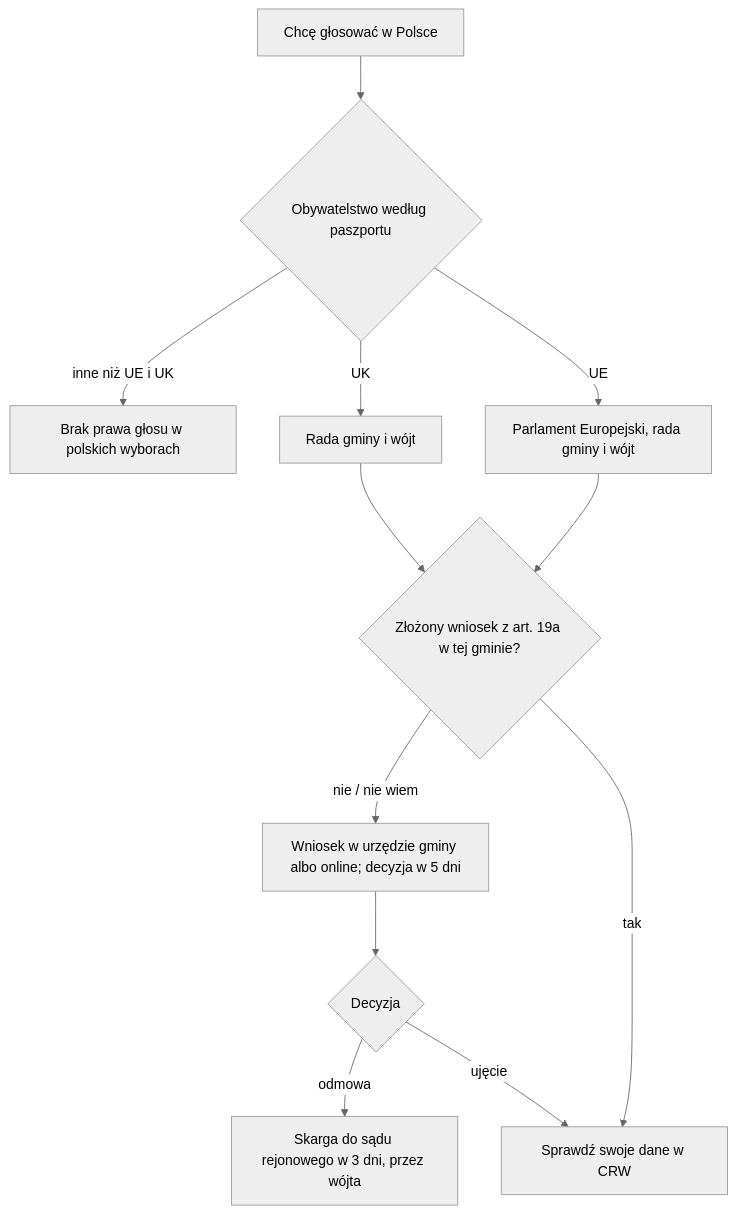
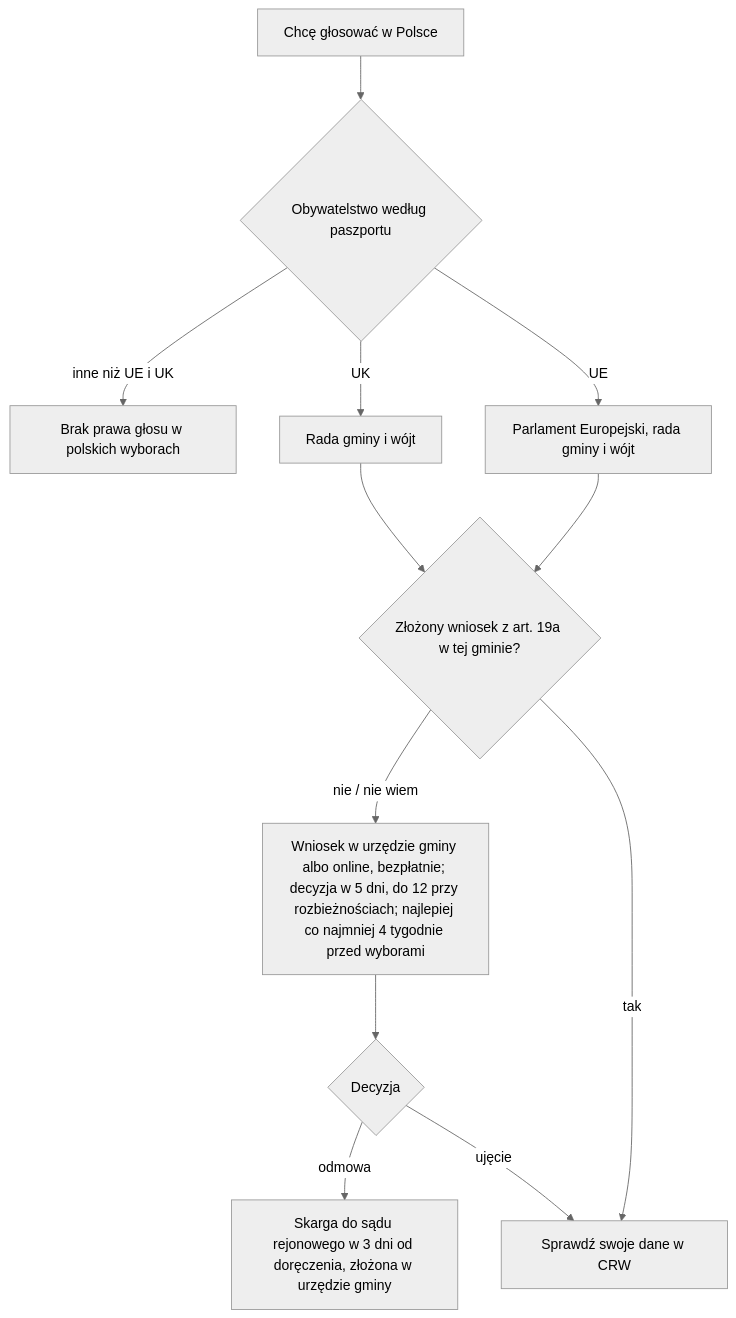
One commit to wrzalkosowskilukaszz/formalka-next changed the diagram in docs/formalka-next/maps/voters.md. Above: the diagram before and after it, drawn with Mermaid (neutral theme). The commit also changed other lines of this file and 6 other files, not shown here.

````diff
--- a/docs/formalka-next/maps/voters.md
+++ b/docs/formalka-next/maps/voters.md
@@ -66,14 +68,14 @@
 ```mermaid
 flowchart TD
   A[Chcę głosować w Polsce] --> B{Obywatelstwo według paszportu}
   B -- inne niż UE i UK --> N[Brak prawa głosu w polskich wyborach]
   B -- UK --> L[Rada gminy i wójt]
   B -- UE --> E[Parlament Europejski, rada gminy i wójt]
   L --> W{Złożony wniosek z art. 19a w tej gminie?}
   E --> W
-  W -- nie / nie wiem --> F[Wniosek w urzędzie gminy albo online; decyzja w 5 dni]
+  W -- nie / nie wiem --> F[Wniosek w urzędzie gminy albo online, bezpłatnie; decyzja w 5 dni, do 12 przy rozbieżnościach; najlepiej co najmniej 4 tygodnie przed wyborami]
   W -- tak --> C[Sprawdź swoje dane w CRW]
   F --> D{Decyzja}
-  D -- odmowa --> S[Skarga do sądu rejonowego w 3 dni, przez wójta]
+  D -- odmowa --> S[Skarga do sądu rejonowego w 3 dni od doręczenia, złożona w urzędzie gminy]
   D -- ujęcie --> C
 ```
````
